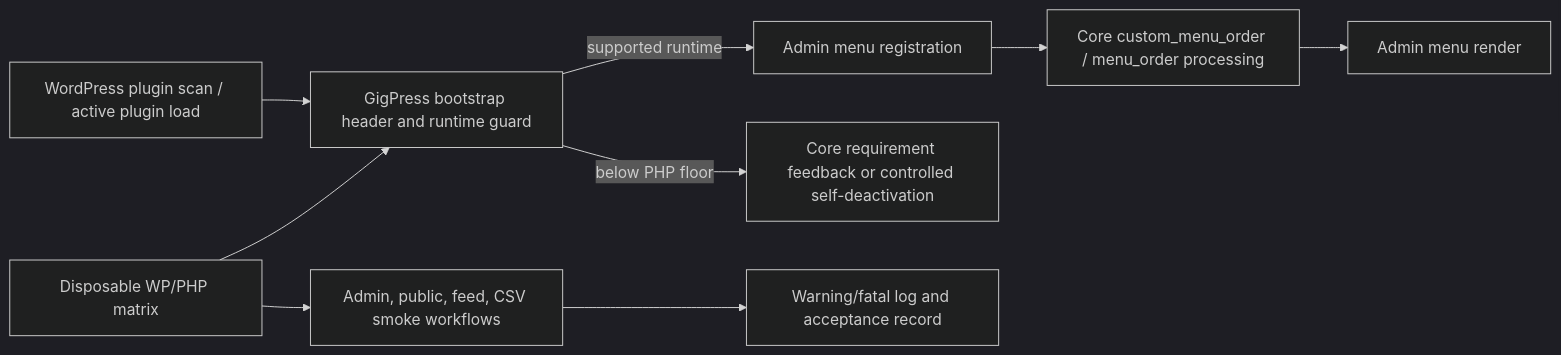
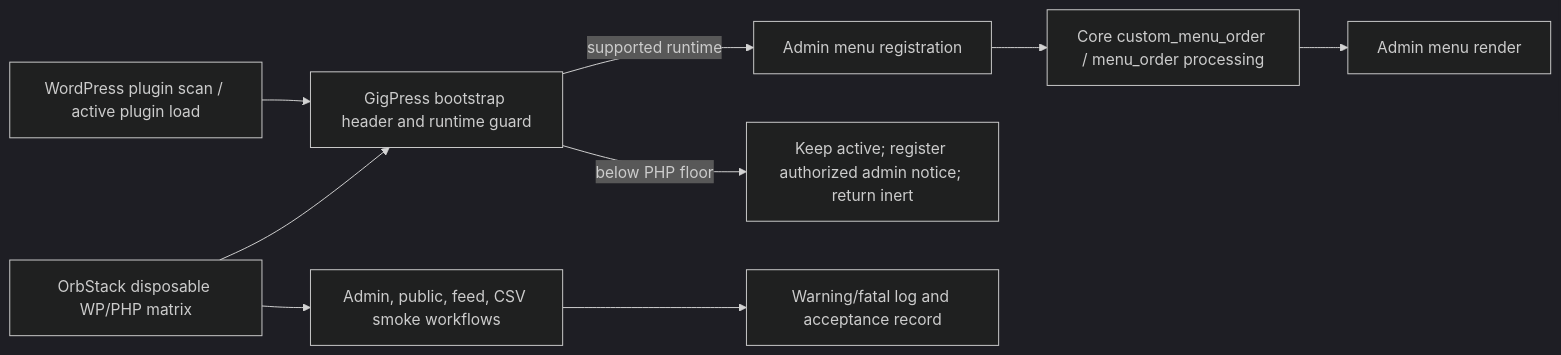
The diagram in .planning/phases/01-compatibility-baseline-and-menu-diagnosis/01-RESEARCH.md (DavidZenz/gigpress), drawn with Mermaid (dark theme) before and after one commit. The commit also changed other lines of this file and 11 other files, not shown here.

Commit message:
fix(01): plan active inert runtime floor

````diff
--- a/.planning/phases/01-compatibility-baseline-and-menu-diagnosis/01-RESEARCH.md
+++ b/.planning/phases/01-compatibility-baseline-and-menu-diagnosis/01-RESEARCH.md
@@ -78,11 +79,11 @@
 ```mermaid
 flowchart LR
   A[WordPress plugin scan / active plugin load] --> B[GigPress bootstrap header and runtime guard]
   B -->|supported runtime| C[Admin menu registration]
   C --> D[Core custom_menu_order / menu_order processing]
   D --> E[Admin menu render]
-  B -->|below PHP floor| F[Core requirement feedback or controlled self-deactivation]
-  G[Disposable WP/PHP matrix] --> B
+  B -->|below PHP floor| F[Keep active; register authorized admin notice; return inert]
+  G[OrbStack disposable WP/PHP matrix] --> B
   G --> H[Admin, public, feed, CSV smoke workflows]
   H --> I[Warning/fatal log and acceptance record]
 ```
````
